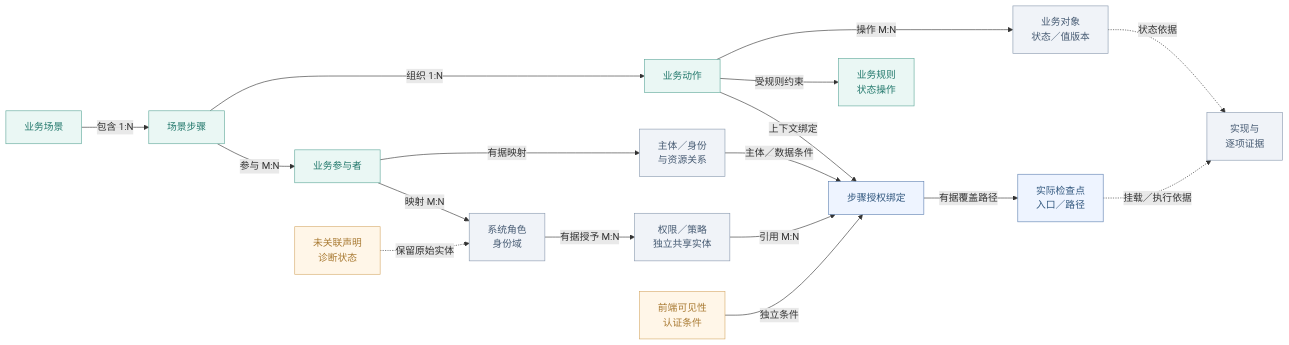
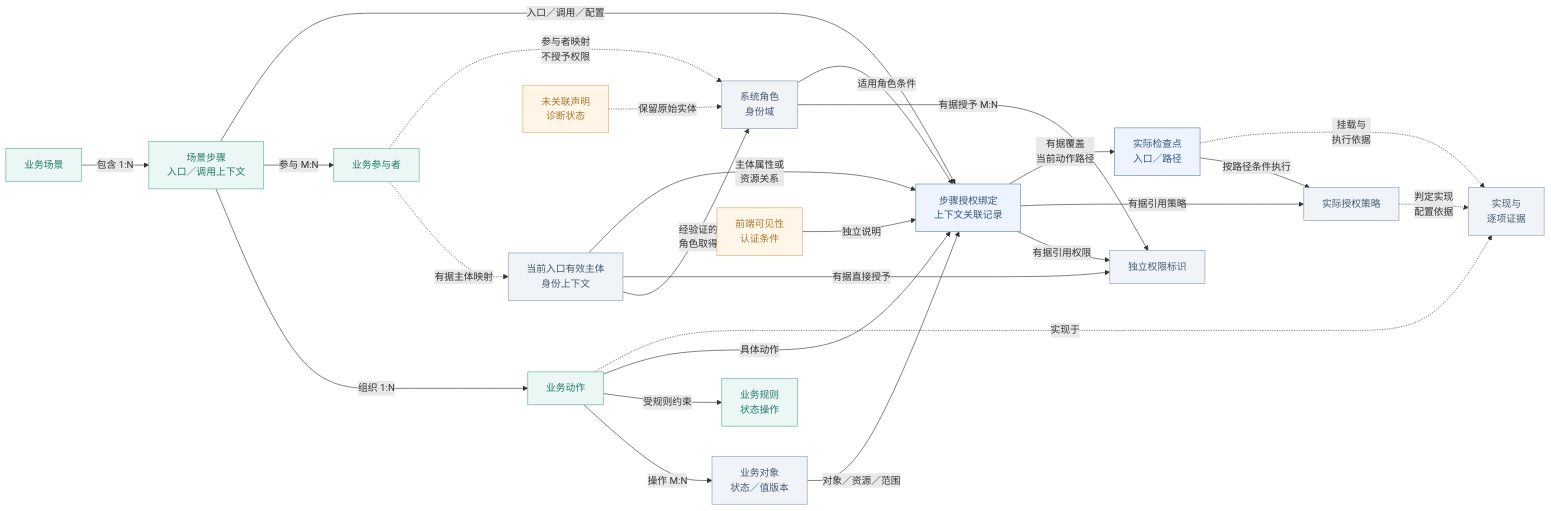
One commit to xjq11029/CodeCartia changed the diagram in docs/diagrams/sources/model.mmd. Above: the diagram before and after it, drawn with Mermaid. The commit also changed 19 other files, not shown here.

```diff
--- a/docs/diagrams/sources/model.mmd
+++ b/docs/diagrams/sources/model.mmd
@@ -1,37 +1,46 @@
 flowchart LR
-  %% 设计图解；未实现。箭头含义见本图说明。
+  %% 设计图解；未实现。箭头为有据概念关系，非解析或运行先后。
   scenario["业务场景"]:::business
-  step["场景步骤"]:::business
+  step["场景步骤<br/>入口／调用上下文"]:::business
   action["业务动作"]:::business
   object["业务对象<br/>状态／值版本"]:::data
+  rule["业务规则<br/>状态操作"]:::business
   actor["业务参与者"]:::business
-  binding["步骤授权绑定"]:::core
-  rule["业务规则<br/>状态操作"]:::business
+  subject["当前入口有效主体<br/>身份上下文"]:::data
+  binding["步骤授权绑定<br/>上下文关联记录"]:::core
+  checkpoint["实际检查点<br/>入口／路径"]:::core
   evidence["实现与<br/>逐项证据"]:::data
-  subject["主体／身份<br/>与资源关系"]:::data
   role["系统角色<br/>身份域"]:::data
-  policy["权限／策略<br/>独立共享实体"]:::data
-  checkpoint["实际检查点<br/>入口／路径"]:::core
+  permission["独立权限标识"]:::data
+  policy["实际授权策略"]:::data
   visibility["前端可见性<br/>认证条件"]:::warning
   unlinked["未关联声明<br/>诊断状态"]:::warning
   scenario -- "包含 1:N" --> step
   step -- "组织 1:N" --> action
   action -- "操作 M:N" --> object
+  action -- "受规则约束" --> rule
   step -- "参与 M:N" --> actor
-  action -- "上下文绑定" --> binding
-  action -- "受规则约束" --> rule
-  object -. "状态依据" .-> evidence
-  actor -- "有据映射" --> subject
-  actor -- "映射 M:N" --> role
-  subject -- "主体／数据条件" --> binding
-  role -- "有据授予 M:N" --> policy
-  policy -- "引用 M:N" --> binding
-  binding -- "有据覆盖路径" --> checkpoint
-  checkpoint -. "挂载／执行依据" .-> evidence
-  visibility -- "独立条件" --> binding
+  step -- "入口／调用／配置" --> binding
+  action -- "具体动作" --> binding
+  object -- "对象／资源／范围" --> binding
+  actor -. "有据主体映射" .-> subject
+  actor -. "参与者映射<br/>不授予权限" .-> role
+  subject -- "经验证的<br/>角色取得" --> role
+  role -- "有据授予 M:N" --> permission
+  subject -- "有据直接授予" --> permission
+  subject -- "主体属性或<br/>资源关系" --> binding
+  role -- "适用角色条件" --> binding
+  binding -- "有据引用权限" --> permission
+  binding -- "有据引用策略" --> policy
+  binding -- "有据覆盖<br/>当前动作路径" --> checkpoint
+  checkpoint -- "按路径条件执行" --> policy
+  action -. "实现于" .-> evidence
+  checkpoint -. "挂载与<br/>执行依据" .-> evidence
+  policy -. "判定实现<br/>配置依据" .-> evidence
+  visibility -- "独立说明" --> binding
   unlinked -. "保留原始实体" .-> role
   classDef core fill:#eef4ff,stroke:#6082b2,color:#31577e
   classDef data fill:#f0f3f8,stroke:#8a9aaf,color:#475b73
   classDef business fill:#eaf7f4,stroke:#60a99b,color:#24796d
   classDef optional fill:#f4effb,stroke:#ac93c5,color:#80619f,stroke-dasharray:6 4
   classDef warning fill:#fff6e8,stroke:#d6ab6a,color:#a87931
```
